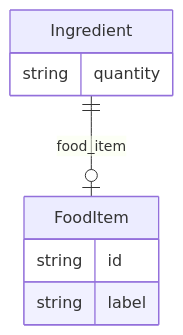
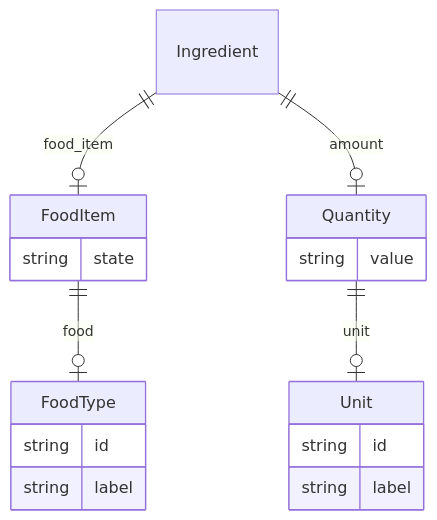
One commit to monarch-initiative/ontogpt changed the diagram in docs/recipe/Ingredient.md. Above: the diagram before and after it, drawn with Mermaid. The commit also changed other lines of this file and 93 other files, not shown here.

````diff
--- a/docs/recipe/Ingredient.md
+++ b/docs/recipe/Ingredient.md
@@ -8,13 +8,26 @@
 ```mermaid
 erDiagram
 Ingredient {
-    string quantity  
+
+}
+Quantity {
+    string value  
+}
+Unit {
+    string id  
+    string label  
 }
 FoodItem {
+    string state  
+}
+FoodType {
     string id  
     string label  
 }
 
 Ingredient ||--|o FoodItem : "food_item"
+Ingredient ||--|o Quantity : "amount"
+Quantity ||--|o Unit : "unit"
+FoodItem ||--|o FoodType : "food"
 
 ```
````
